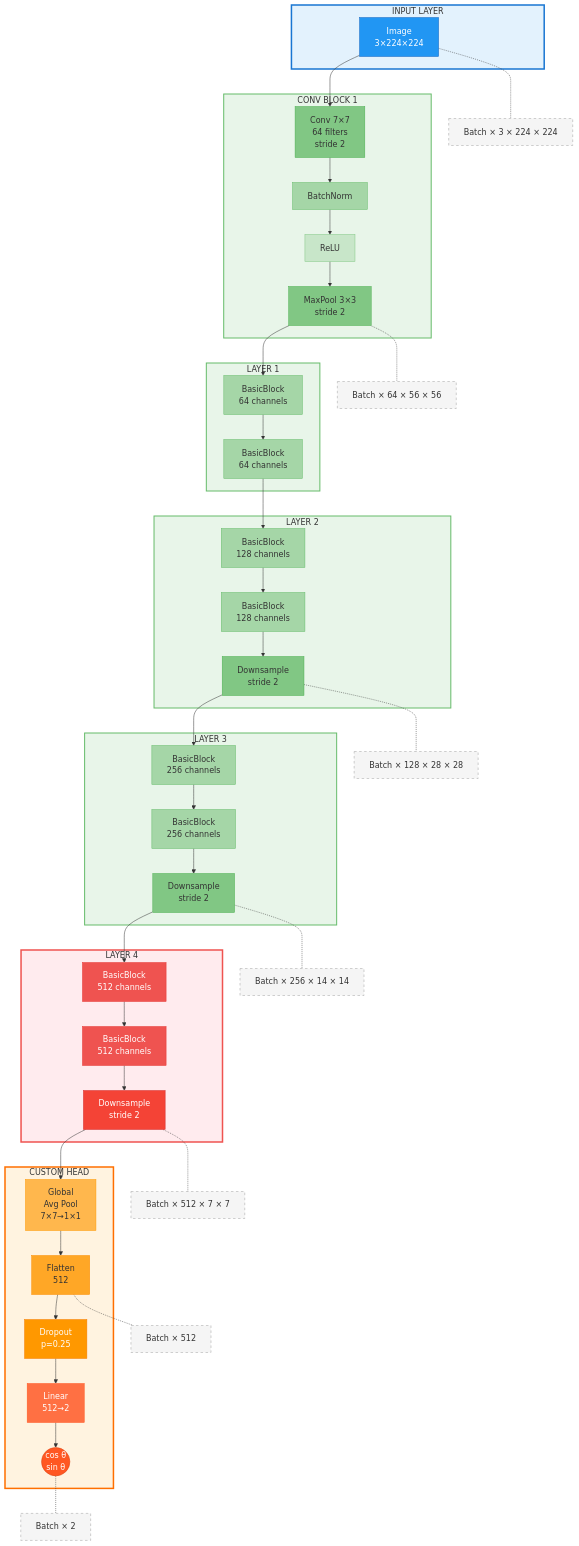
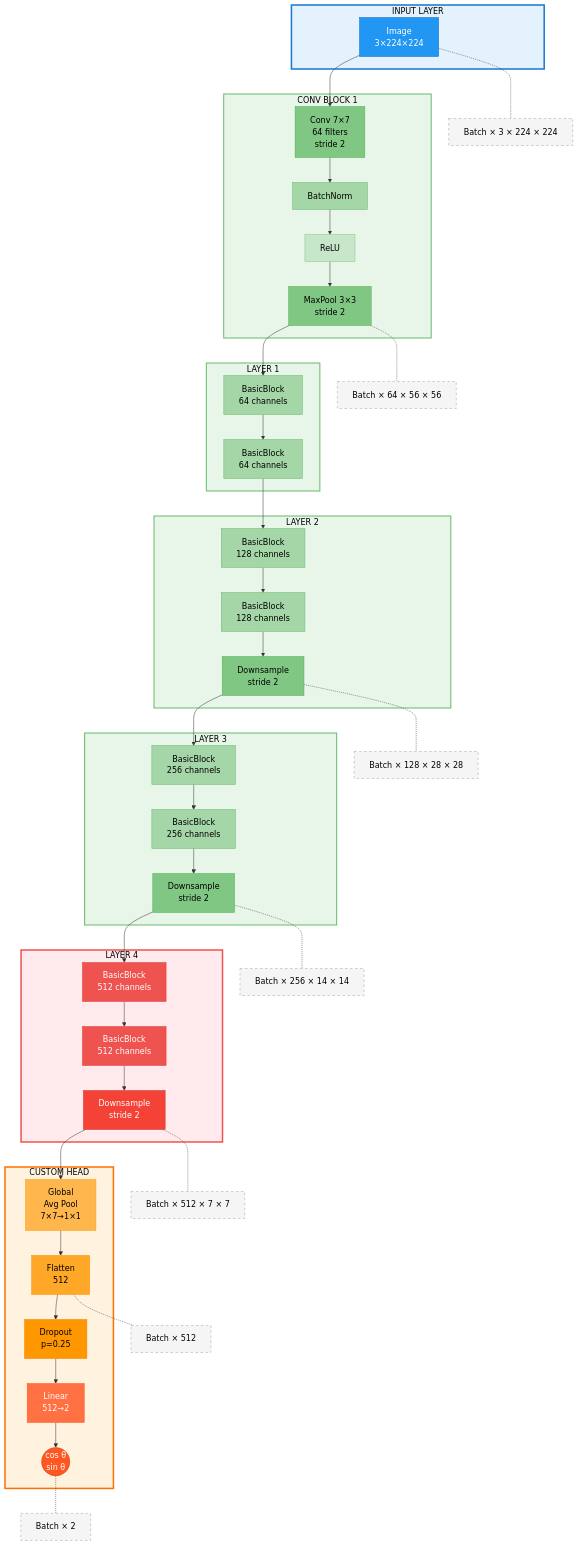
One commit to MaLoskins/Image-Rotation-Model changed the diagram in README.md. Above: the diagram before and after it, drawn with Mermaid. The commit also changed other lines of this file and 7 other files, not shown here.

````diff
--- a/README.md
+++ b/README.md
@@ -7,57 +7,57 @@
 ```mermaid
 flowchart TB
     subgraph Input["INPUT LAYER"]
-        style Input fill:#e3f2fd,stroke:#1976d2,stroke-width:3px
+        style Input fill:#e3f2fd,stroke:#1976d2,stroke-width:3px,color:#000
         I[Image<br/>3×224×224]
         style I fill:#2196f3,stroke:#1565c0,color:#fff
     end
     
     subgraph Conv1["CONV BLOCK 1"]
-        style Conv1 fill:#e8f5e9,stroke:#66bb6a,stroke-width:2px
+        style Conv1 fill:#e8f5e9,stroke:#66bb6a,stroke-width:2px,color:#000
         C1[Conv 7×7<br/>64 filters<br/>stride 2]
         BN1[BatchNorm]
         R1[ReLU]
         MP1[MaxPool 3×3<br/>stride 2]
         
-        style C1 fill:#81c784,stroke:#4caf50
-        style BN1 fill:#a5d6a7,stroke:#66bb6a
-        style R1 fill:#c8e6c9,stroke:#81c784
-        style MP1 fill:#81c784,stroke:#4caf50
+        style C1 fill:#81c784,stroke:#4caf50,color:#000
+        style BN1 fill:#a5d6a7,stroke:#66bb6a,color:#000
+        style R1 fill:#c8e6c9,stroke:#81c784,color:#000
+        style MP1 fill:#81c784,stroke:#4caf50,color:#000
     end
     
     subgraph Layer1["LAYER 1"]
-        style Layer1 fill:#e8f5e9,stroke:#66bb6a,stroke-width:2px
+        style Layer1 fill:#e8f5e9,stroke:#66bb6a,stroke-width:2px,color:#000
         L1A[BasicBlock<br/>64 channels]
         L1B[BasicBlock<br/>64 channels]
         
-        style L1A fill:#a5d6a7,stroke:#66bb6a
-        style L1B fill:#a5d6a7,stroke:#66bb6a
+        style L1A fill:#a5d6a7,stroke:#66bb6a,color:#000
+        style L1B fill:#a5d6a7,stroke:#66bb6a,color:#000
     end
     
     subgraph Layer2["LAYER 2"]
-        style Layer2 fill:#e8f5e9,stroke:#66bb6a,stroke-width:2px
+        style Layer2 fill:#e8f5e9,stroke:#66bb6a,stroke-width:2px,color:#000
         L2A[BasicBlock<br/>128 channels]
         L2B[BasicBlock<br/>128 channels]
         DS2[Downsample<br/>stride 2]
         
-        style L2A fill:#a5d6a7,stroke:#66bb6a
-        style L2B fill:#a5d6a7,stroke:#66bb6a
-        style DS2 fill:#81c784,stroke:#4caf50
+        style L2A fill:#a5d6a7,stroke:#66bb6a,color:#000
+        style L2B fill:#a5d6a7,stroke:#66bb6a,color:#000
+        style DS2 fill:#81c784,stroke:#4caf50,color:#000
     end
     
     subgraph Layer3["LAYER 3"]
-        style Layer3 fill:#e8f5e9,stroke:#66bb6a,stroke-width:2px
+        style Layer3 fill:#e8f5e9,stroke:#66bb6a,stroke-width:2px,color:#000
         L3A[BasicBlock<br/>256 channels]
         L3B[BasicBlock<br/>256 channels]
         DS3[Downsample<br/>stride 2]
         
-        style L3A fill:#a5d6a7,stroke:#66bb6a
-        style L3B fill:#a5d6a7,stroke:#66bb6a
-        style DS3 fill:#81c784,stroke:#4caf50
+        style L3A fill:#a5d6a7,stroke:#66bb6a,color:#000
+        style L3B fill:#a5d6a7,stroke:#66bb6a,color:#000
+        style DS3 fill:#81c784,stroke:#4caf50,color:#000
     end
     
     subgraph Layer4["LAYER 4"]
-        style Layer4 fill:#ffebee,stroke:#ef5350,stroke-width:3px
+        style Layer4 fill:#ffebee,stroke:#ef5350,stroke-width:3px,color:#000
         L4A[BasicBlock<br/>512 channels]
         L4B[BasicBlock<br/>512 channels]
         DS4[Downsample<br/>stride 2]
@@ -68,16 +68,16 @@
     end
     
     subgraph Head["CUSTOM HEAD"]
-        style Head fill:#fff3e0,stroke:#ff6f00,stroke-width:3px
+        style Head fill:#fff3e0,stroke:#ff6f00,stroke-width:3px,color:#000
         GAP[Global<br/>Avg Pool<br/>7×7→1×1]
         FL[Flatten<br/>512]
         DO[Dropout<br/>p=0.25]
         FC[Linear<br/>512→2]
         OUT((cos θ<br/>sin θ))
         
-        style GAP fill:#ffb74d,stroke:#ff9800
-        style FL fill:#ffa726,stroke:#fb8c00
-        style DO fill:#ff9800,stroke:#f57c00,color:#fff
+        style GAP fill:#ffb74d,stroke:#ff9800,color:#000
+        style FL fill:#ffa726,stroke:#fb8c00,color:#000
+        style DO fill:#ff9800,stroke:#f57c00,color:#000
         style FC fill:#ff7043,stroke:#ff5722,color:#fff
         style OUT fill:#ff5722,stroke:#d84315,color:#fff
     end
@@ -117,5 +117,5 @@
     FL -.- A6[Batch × 512]:::annot
     OUT -.- A7[Batch × 2]:::annot
     
-    classDef annot fill:#f5f5f5,stroke:#9e9e9e,stroke-dasharray: 5 5
+    classDef annot fill:#f5f5f5,stroke:#9e9e9e,stroke-dasharray: 5 5,color:#000
 ```
````
